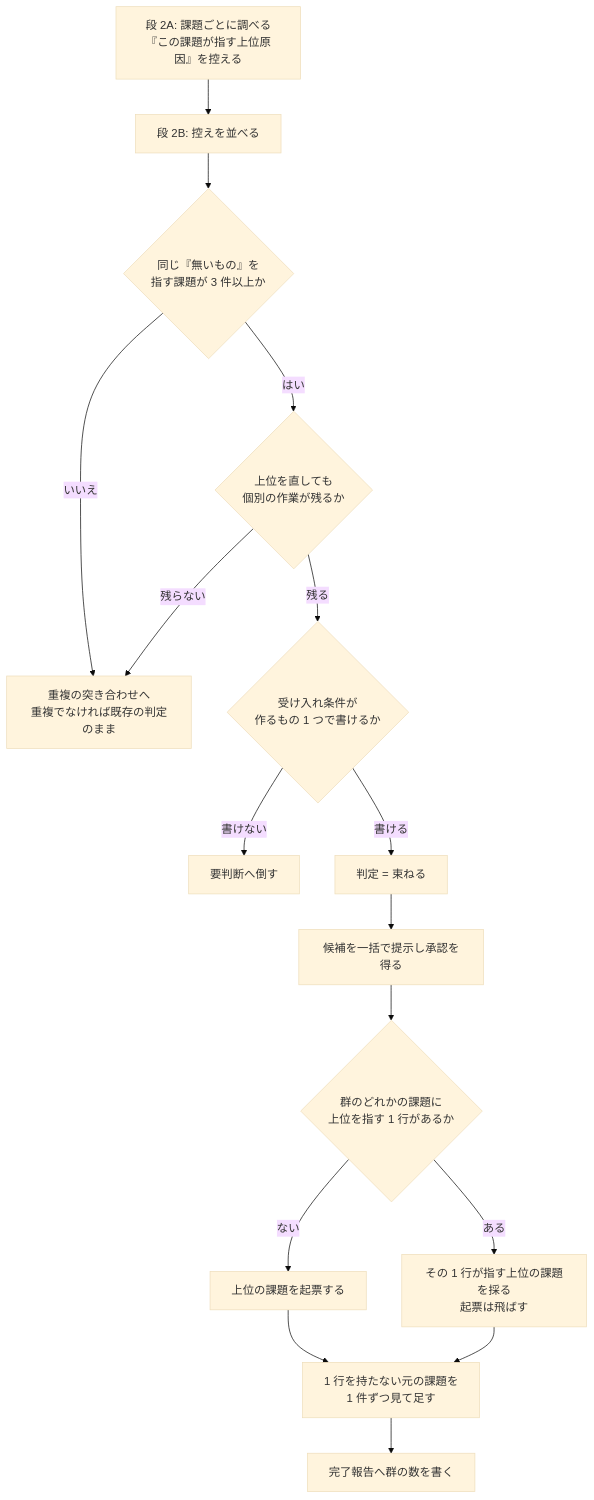
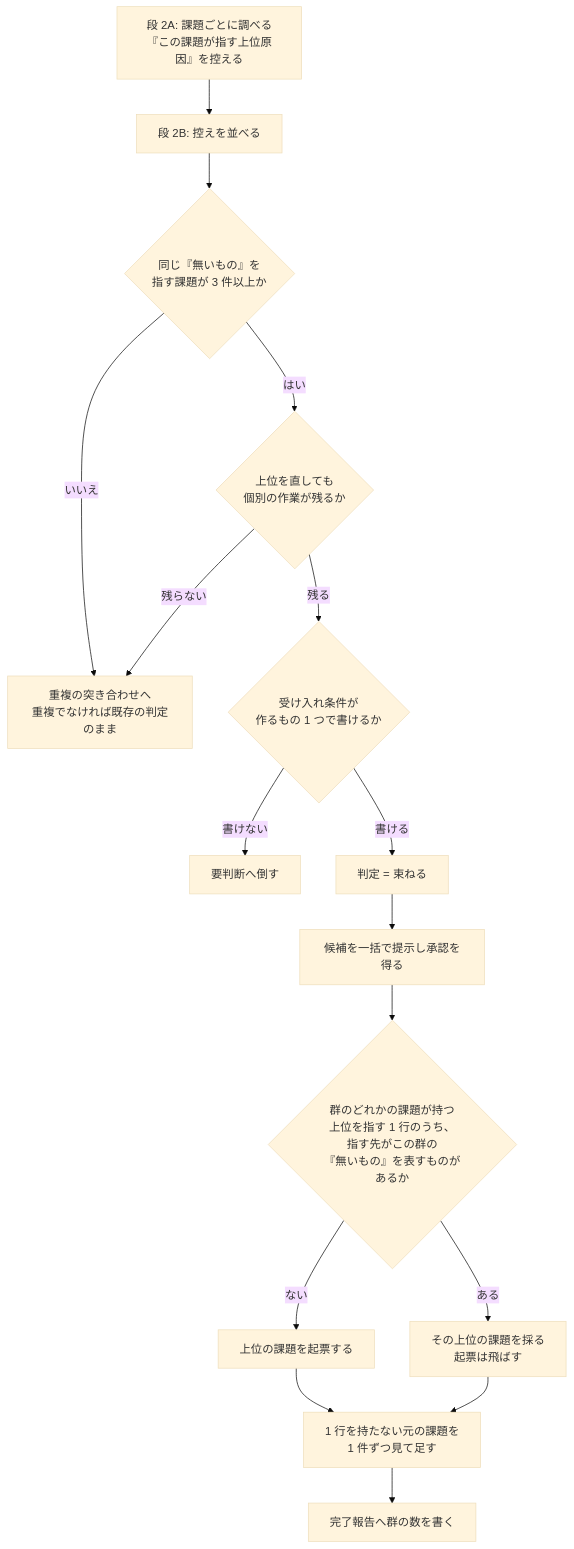
The third of 3 diagrams in issues/issue-712-713-design.md (devbasex/ai-plugins), drawn with Mermaid (base theme) before and after one commit. The commit also changed other lines of this file and 1 other file, not shown here.

````diff
--- a/issues/issue-712-713-design.md
+++ b/issues/issue-712-713-design.md
@@ -173,18 +173,18 @@
 ```mermaid
 flowchart TD
     A["段 2A: 課題ごとに調べる<br/>『この課題が指す上位原因』を控える"] --> B["段 2B: 控えを並べる"]
     B --> C{"同じ『無いもの』を<br/>指す課題が 3 件以上か"}
     C -->|いいえ| D["重複の突き合わせへ<br/>重複でなければ既存の判定のまま"]
     C -->|はい| E{"上位を直しても<br/>個別の作業が残るか"}
     E -->|残らない| D
     E -->|残る| F{"受け入れ条件が<br/>作るもの 1 つで書けるか"}
     F -->|書けない| G["要判断へ倒す"]
     F -->|書ける| H["判定 = 束ねる"]
     H --> I["候補を一括で提示し承認を得る"]
-    I --> J{"群のどれかの課題に<br/>上位を指す 1 行があるか"}
-    J -->|ある| K["その 1 行が指す上位の課題を採る<br/>起票は飛ばす"]
+    I --> J{"群のどれかの課題が持つ<br/>上位を指す 1 行のうち、<br/>指す先がこの群の<br/>『無いもの』を表すものがあるか"}
+    J -->|ある| K["その上位の課題を採る<br/>起票は飛ばす"]
     J -->|ない| L["上位の課題を起票する"]
     L --> M["1 行を持たない元の課題を<br/>1 件ずつ見て足す"]
     K --> M
     M --> N["完了報告へ群の数を書く"]
 ```
````
